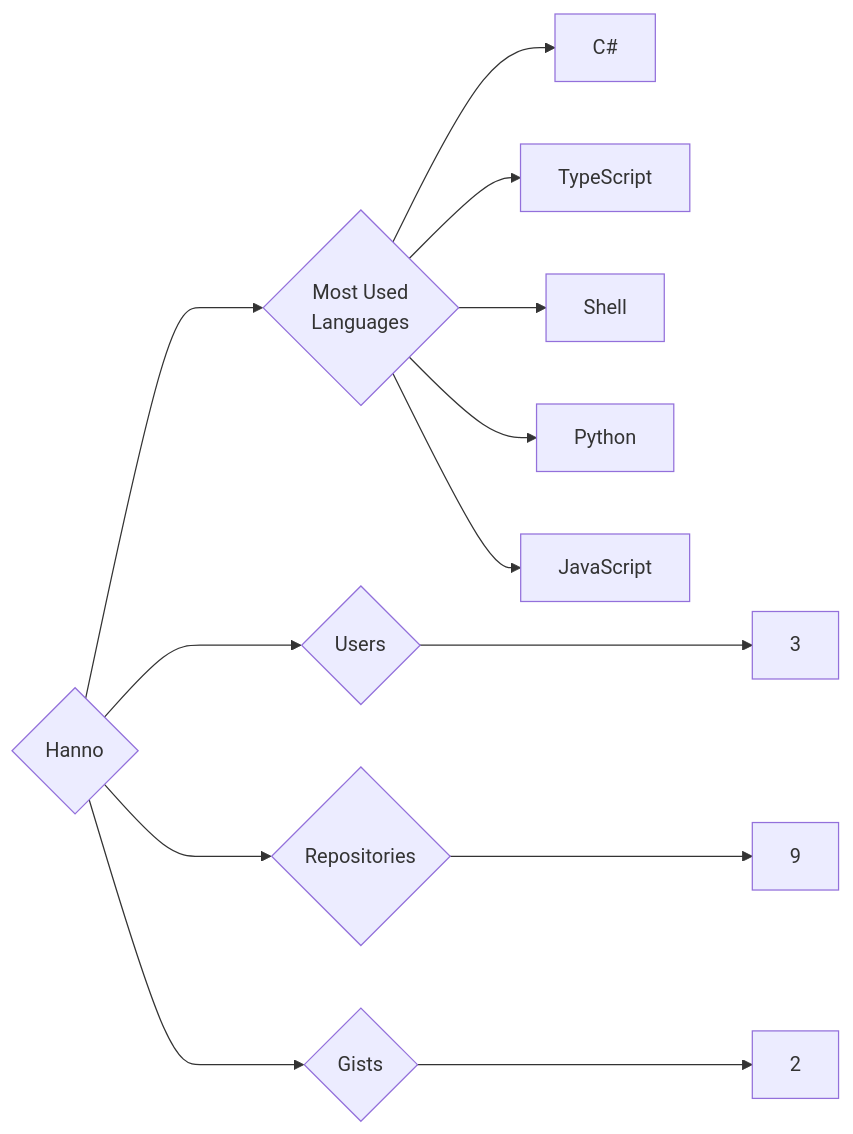
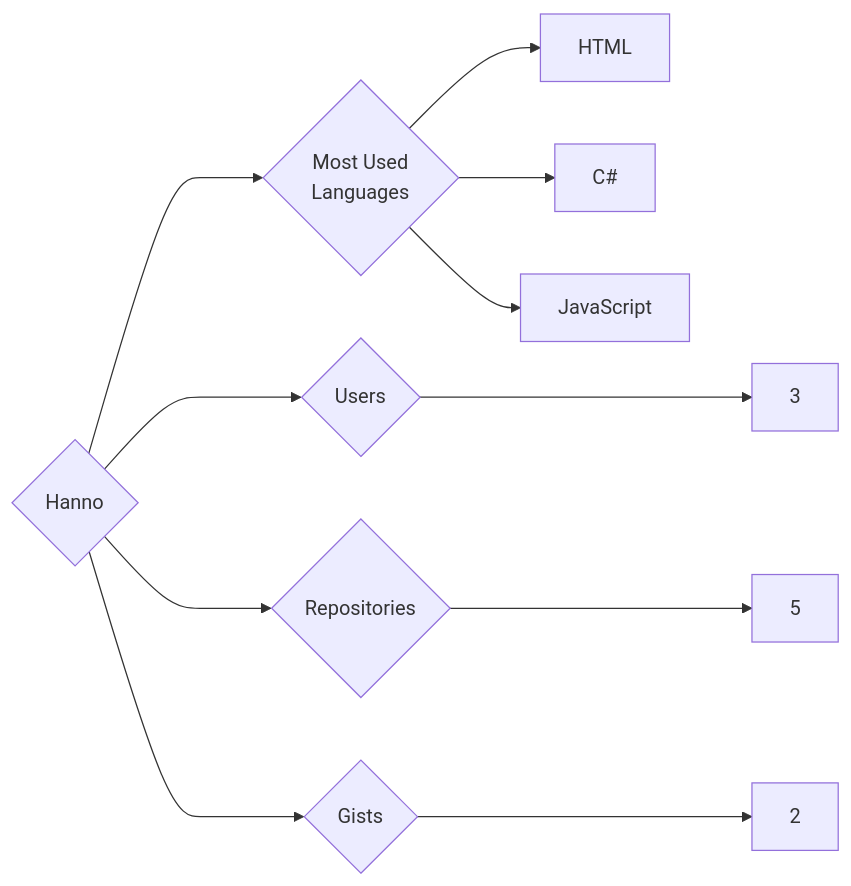
Before and after one commit to trickest/insiders: the diagram in targets/Hanno/README.md, drawn with Mermaid. The commit also changed 1084 other files, not shown here.

````diff
--- a/targets/Hanno/README.md
+++ b/targets/Hanno/README.md
@@ -3,13 +3,11 @@
 ```mermaid
 graph LR
 COMPANY_NAME{Hanno}
 COMPANY_NAME ---> U{Users} ---> UN[3]
-COMPANY_NAME ---> R{Repositories} ---> RN[9]
+COMPANY_NAME ---> R{Repositories} ---> RN[5]
 COMPANY_NAME ---> G{Gists} ---> GN[2]
 COMPANY_NAME ---> ML{Most Used<br>Languages}
+ML --> HTML[HTML]
 ML --> C#[C#]
-ML --> TypeScript[TypeScript]
-ML --> Shell[Shell]
-ML --> Python[Python]
 ML --> JavaScript[JavaScript]
 ```
````
